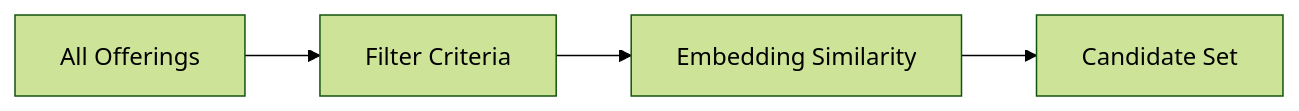
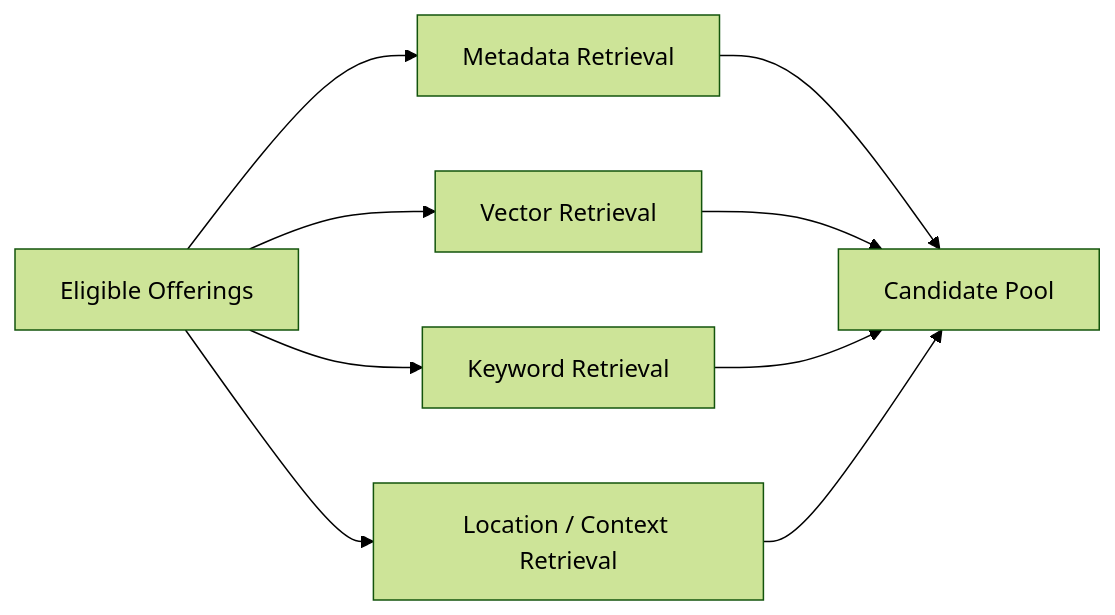
Before and after one commit to petkao/pinkcurve-blueprint: the first of 2 diagrams in docs/06-discovery-engine.md, drawn with Mermaid (forest theme). The commit also changed other lines of this file and 27 other files, not shown here.

Commit message:
Update PinkCurve blueprint and complete Chapter 11 data architecture audit

````diff
--- a/docs/06-discovery-engine.md
+++ b/docs/06-discovery-engine.md
@@ -152,6 +581,12 @@
 ```mermaid
 flowchart LR
-    All[All Offerings] --> Filter[Filter Criteria]
-    Filter --> Embed[Embedding Similarity]
-    Embed --> Candidates[Candidate Set]
+    A[Eligible Offerings] --> M[Metadata Retrieval]
+    A --> V[Vector Retrieval]
+    A --> K[Keyword Retrieval]
+    A --> L[Location / Context Retrieval]
+
+    M --> C[Candidate Pool]
+    V --> C
+    K --> C
+    L --> C
 ```
````
